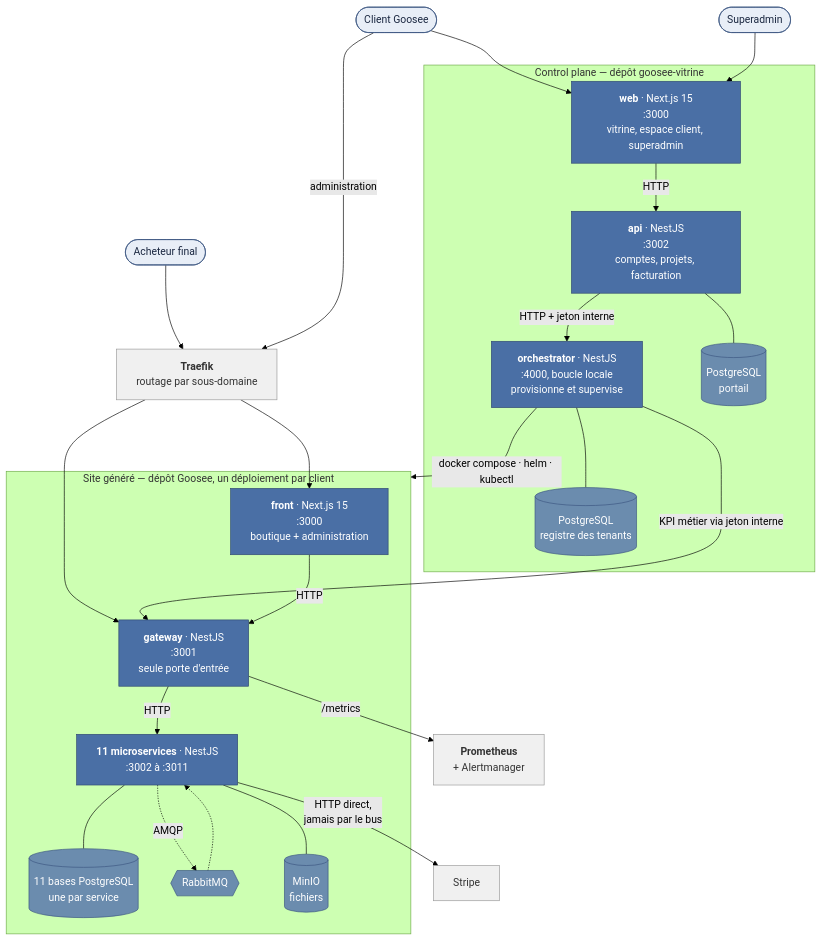
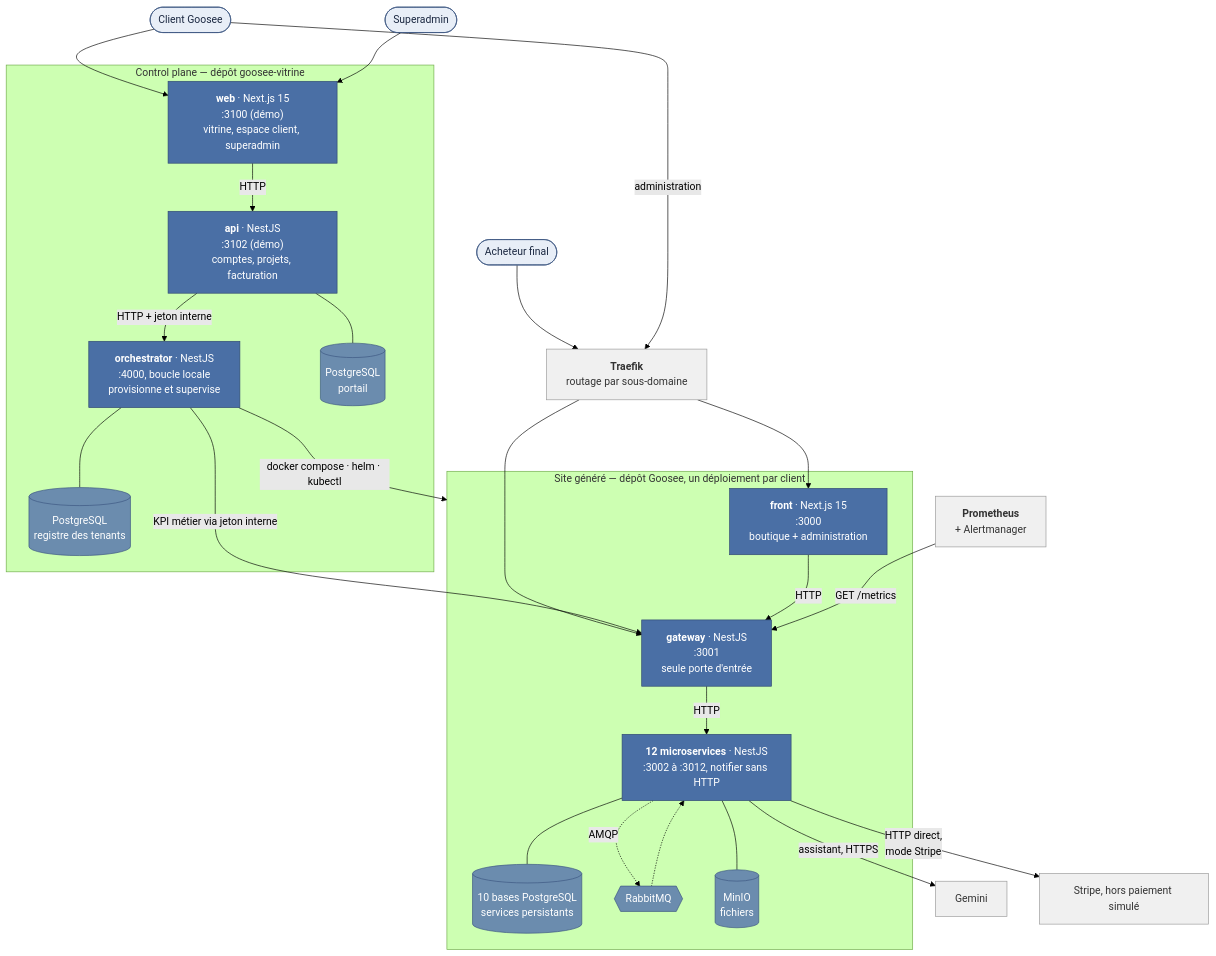
Before and after one commit to CollectEverything-MNS/Goosee: the second of 2 diagrams in docs/architecture/c4-contexte-et-conteneurs.md, drawn with Mermaid (forest theme). The commit also changed other lines of this file and 24 other files, not shown here.

Commit message:
docs: align guides diagrams and API reference with validated POC

````diff
--- a/docs/architecture/c4-contexte-et-conteneurs.md
+++ b/docs/architecture/c4-contexte-et-conteneurs.md
@@ -47,60 +49,62 @@
 ```mermaid
 graph TB
     marchand(["Client Goosee"])
     acheteur(["Acheteur final"])
     superadmin(["Superadmin"])
 
     subgraph portail["Control plane — dépôt goosee-vitrine"]
-        web["<b>web</b> · Next.js 15<br/>:3000<br/>vitrine, espace client, superadmin"]
-        api["<b>api</b> · NestJS<br/>:3002<br/>comptes, projets, facturation"]
+        web["<b>web</b> · Next.js 15<br/>:3100 (démo)<br/>vitrine, espace client, superadmin"]
+        api["<b>api</b> · NestJS<br/>:3102 (démo)<br/>comptes, projets, facturation"]
         orch["<b>orchestrator</b> · NestJS<br/>:4000, boucle locale<br/>provisionne et supervise"]
         dbportail[("PostgreSQL<br/>portail")]
         dborch[("PostgreSQL<br/>registre des tenants")]
     end
 
     subgraph tenant["Site généré — dépôt Goosee, un déploiement par client"]
         front["<b>front</b> · Next.js 15<br/>:3000<br/>boutique + administration"]
         gw["<b>gateway</b> · NestJS<br/>:3001<br/>seule porte d'entrée"]
-        services["<b>11 microservices</b> · NestJS<br/>:3002 à :3011"]
-        dbs[("11 bases PostgreSQL<br/>une par service")]
+        services["<b>12 microservices</b> · NestJS<br/>:3002 à :3012, notifier sans HTTP"]
+        dbs[("10 bases PostgreSQL<br/>services persistants")]
         bus{{"RabbitMQ"}}
         minio[("MinIO<br/>fichiers")]
     end
 
     prom["<b>Prometheus</b><br/>+ Alertmanager"]
     traefik["<b>Traefik</b><br/>routage par sous-domaine"]
-    stripe["Stripe"]
+    gemini["Gemini"]
+    stripe["Stripe, hors paiement simulé"]
 
     marchand --> web
     superadmin --> web
     acheteur --> traefik
     marchand -->|"administration"| traefik
     traefik --> front
     traefik --> gw
 
     web -->|"HTTP"| api
     api -->|"HTTP + jeton interne"| orch
     api --- dbportail
     orch --- dborch
     orch -->|"docker compose · helm · kubectl"| tenant
     orch -->|"KPI métier via jeton interne"| gw
 
     front -->|"HTTP"| gw
     gw -->|"HTTP"| services
     services --- dbs
     services -.->|"AMQP"| bus
     bus -.-> services
     services --- minio
-    services -->|"HTTP direct,<br/>jamais par le bus"| stripe
+    services -->|"HTTP direct,<br/>mode Stripe"| stripe
+    services -->|"assistant, HTTPS"| gemini
 
-    gw -->|"/metrics"| prom
+    prom -->|"GET /metrics"| gw
 
     classDef acteur fill:#e8eef7,stroke:#3b5580,color:#1a2740
     classDef appli fill:#4a6fa5,stroke:#2f4870,color:#ffffff
     classDef donnees fill:#6b8cae,stroke:#3b5580,color:#ffffff
     classDef infra fill:#f0f0f0,stroke:#999,color:#333
     class marchand,acheteur,superadmin acteur
     class web,api,orch,front,gw,services appli
     class dbportail,dborch,dbs,minio,bus donnees
-    class prom,traefik,stripe infra
+    class prom,traefik,stripe,gemini infra
 ```
````
